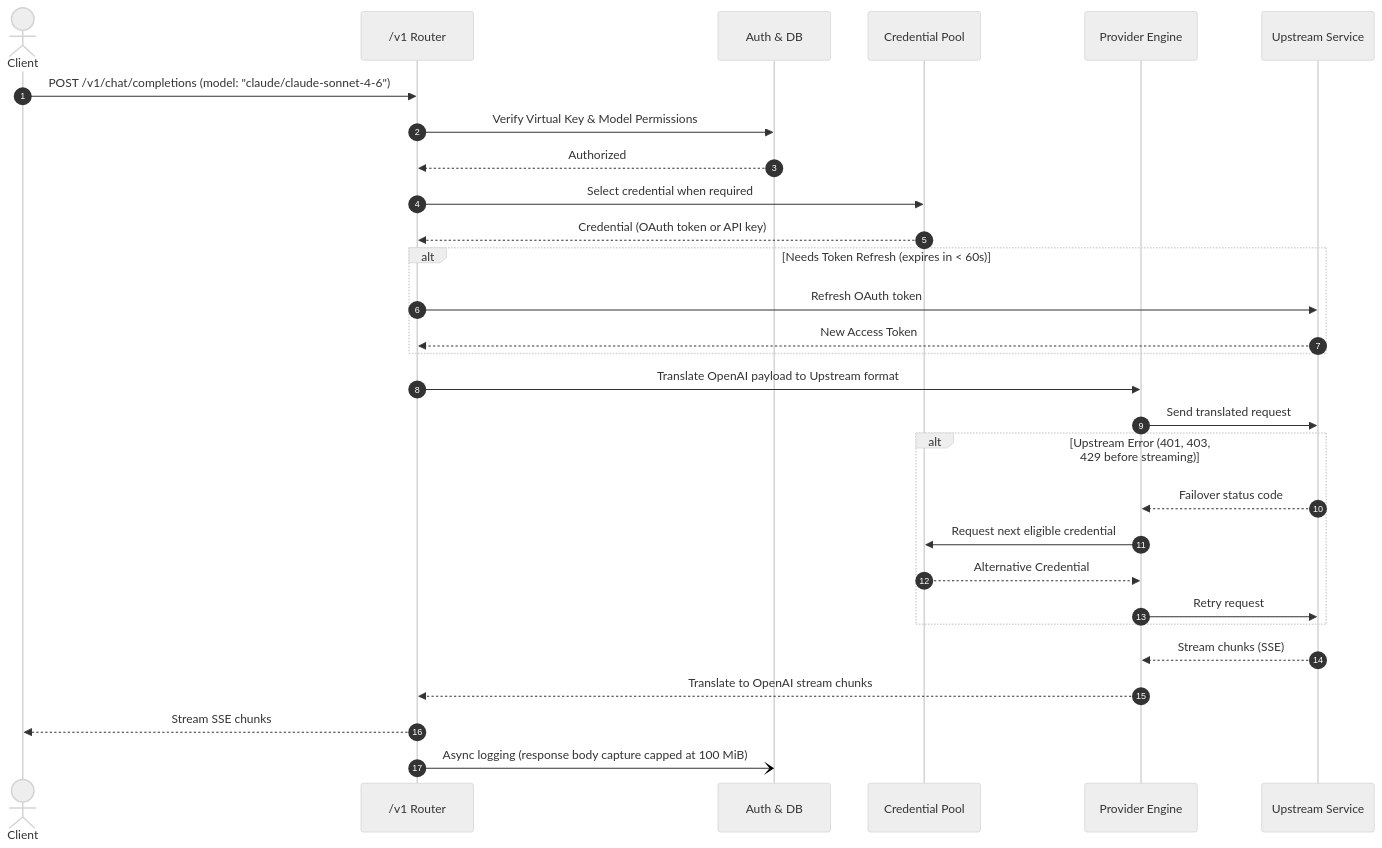
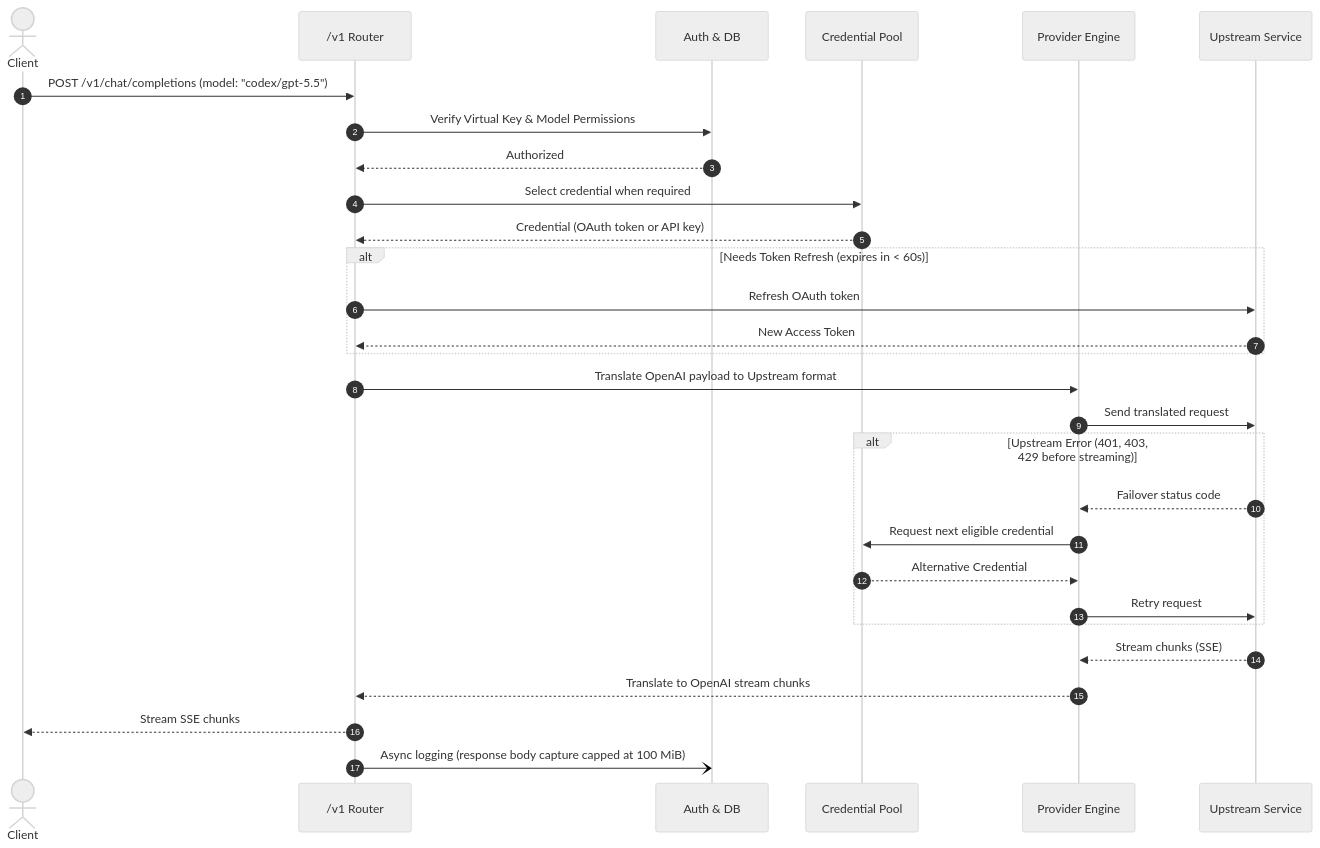
One commit to Delnegend/zero-g changed the second of 2 diagrams in docs/architecture.md. Above: the diagram before and after it, drawn with Mermaid (neutral theme). The commit also changed other lines of this file and 5 other files, not shown here.

````diff
--- a/docs/architecture.md
+++ b/docs/architecture.md
@@ -62,36 +62,36 @@
 ```mermaid
 sequenceDiagram
     autonumber
     actor Client
     participant V1 as /v1 Router
     participant Auth as Auth & DB
     participant Pool as Credential Pool
     participant Engine as Provider Engine
     participant Upstream as Upstream Service
 
-    Client->>V1: POST /v1/chat/completions (model: "claude/claude-sonnet-4-6")
+    Client->>V1: POST /v1/chat/completions (model: "codex/gpt-5.5")
     V1->>Auth: Verify Virtual Key & Model Permissions
     Auth-->>V1: Authorized
     V1->>Pool: Select credential when required
     Pool-->>V1: Credential (OAuth token or API key)
     
     alt Needs Token Refresh (expires in < 60s)
         V1->>Upstream: Refresh OAuth token
         Upstream-->>V1: New Access Token
     end
 
     V1->>Engine: Translate OpenAI payload to Upstream format
     Engine->>Upstream: Send translated request
     
     alt Upstream Error (401, 403, 429 before streaming)
         Upstream-->>Engine: Failover status code
         Engine->>Pool: Request next eligible credential
         Pool-->>Engine: Alternative Credential
         Engine->>Upstream: Retry request
     end
 
     Upstream-->>Engine: Stream chunks (SSE)
     Engine-->>V1: Translate to OpenAI stream chunks
     V1-->>Client: Stream SSE chunks
     V1-)Auth: Async logging (response body capture capped at 100 MiB)
 ```
````
